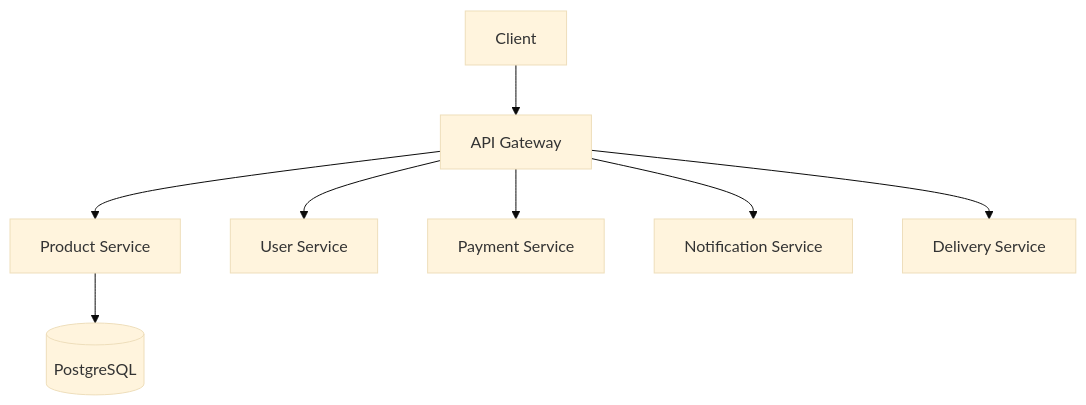
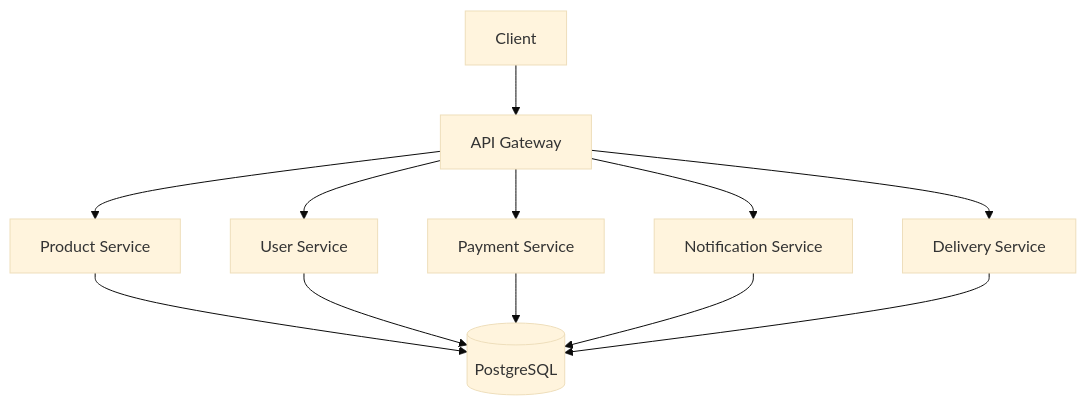
Before and after one commit to gauss2302/buymania_microserivce_k8_docker: the diagram in README.md, drawn with Mermaid (base theme). The commit also changed other lines of this file, not shown here.

````diff
--- a/README.md
+++ b/README.md
@@ -16,11 +18,15 @@
 ```mermaid
 graph TD
    Client --> Gateway[API Gateway]
    Gateway --> PS[Product Service]
    Gateway --> US[User Service]
    Gateway --> PAY[Payment Service]
    Gateway --> NS[Notification Service]
    Gateway --> DS[Delivery Service]
 
    PS --> DB[(PostgreSQL)]
+   US --> DB
+   PAY --> DB
+   NS --> DB
+   DS --> DB
 ```
````
